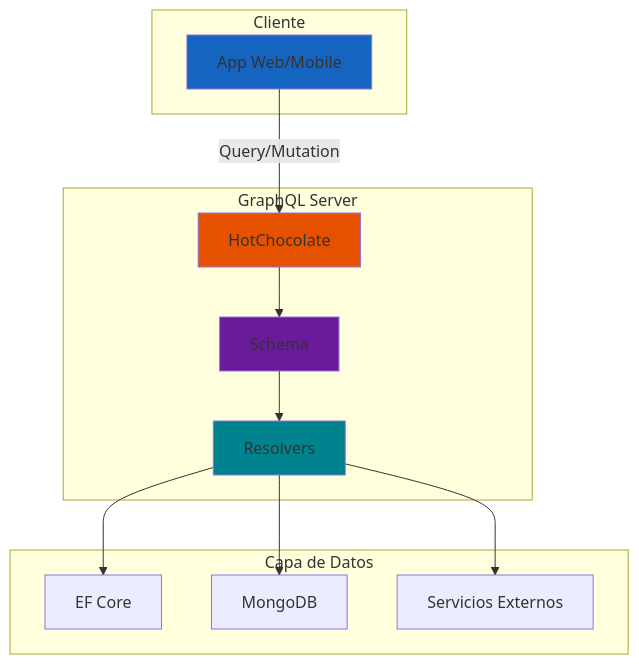
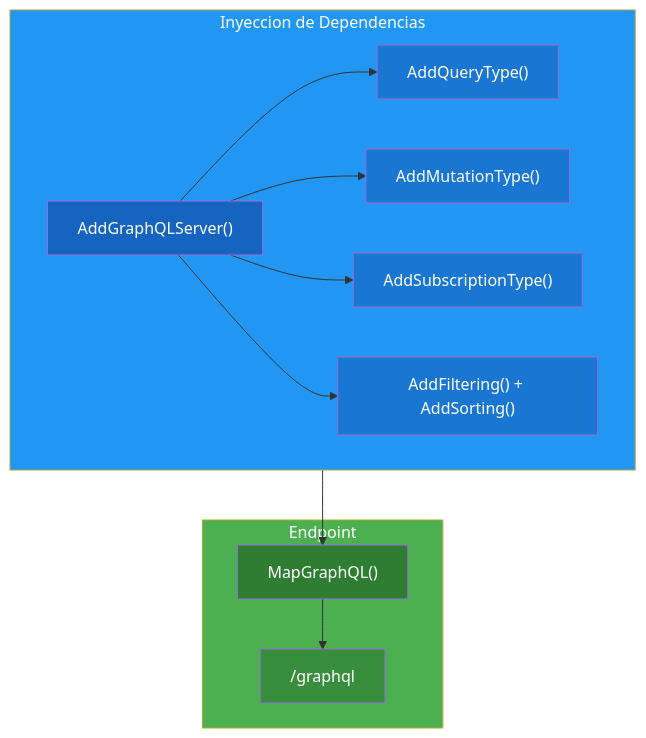
The third of 10 diagrams in 19-graphql.md (joseluisgs/DesarrolloWebEntornosServidor-02-2026-2027), drawn with Mermaid before and after one commit. The commit also changed other lines of this file and 1 other file, not shown here.

Commit message:
Reorder sections in README.md: moved "Apis con GraphQL", "Logging", and "Email Services" to correct positions

````diff
--- a/19-graphql.md
+++ b/19-graphql.md
@@ -61,30 +192,25 @@
 ```mermaid
-graph TD
-    subgraph "Cliente"
-        A[App Web/Mobile]
+flowchart TD
+    subgraph DI["Inyeccion de Dependencias"]
+        A["AddGraphQLServer()"] --> B["AddQueryType()"]
+        A --> C["AddMutationType()"]
+        A --> D["AddSubscriptionType()"]
+        A --> E["AddFiltering() + AddSorting()"]
     end
-    
-    subgraph "GraphQL Server"
-        B[HotChocolate]
-        C[Schema]
-        D[Resolvers]
+
+    subgraph ENDPOINT["Endpoint"]
+        F["MapGraphQL()"] --> G["/graphql"]
     end
-    
-    subgraph "Capa de Datos"
-        E[EF Core]
-        F[MongoDB]
-        G[Servicios Externos]
-    end
-    
-    A -->|Query/Mutation| B
-    B --> C
-    C --> D
-    D --> E
-    D --> F
-    D --> G
-    
-    style A fill:#1565C0
-    style B fill:#E65100
-    style C fill:#6A1B9A
-    style D fill:#00838F
+
+    DI --> F
+
+    style DI fill:#2196F3,color:#fff
+    style ENDPOINT fill:#4CAF50,color:#fff
+    style A fill:#1565C0,color:#fff
+    style B fill:#1976D2,color:#fff
+    style C fill:#1976D2,color:#fff
+    style D fill:#1976D2,color:#fff
+    style E fill:#1976D2,color:#fff
+    style F fill:#2E7D32,color:#fff
+    style G fill:#388E3C,color:#fff
 ```
````
